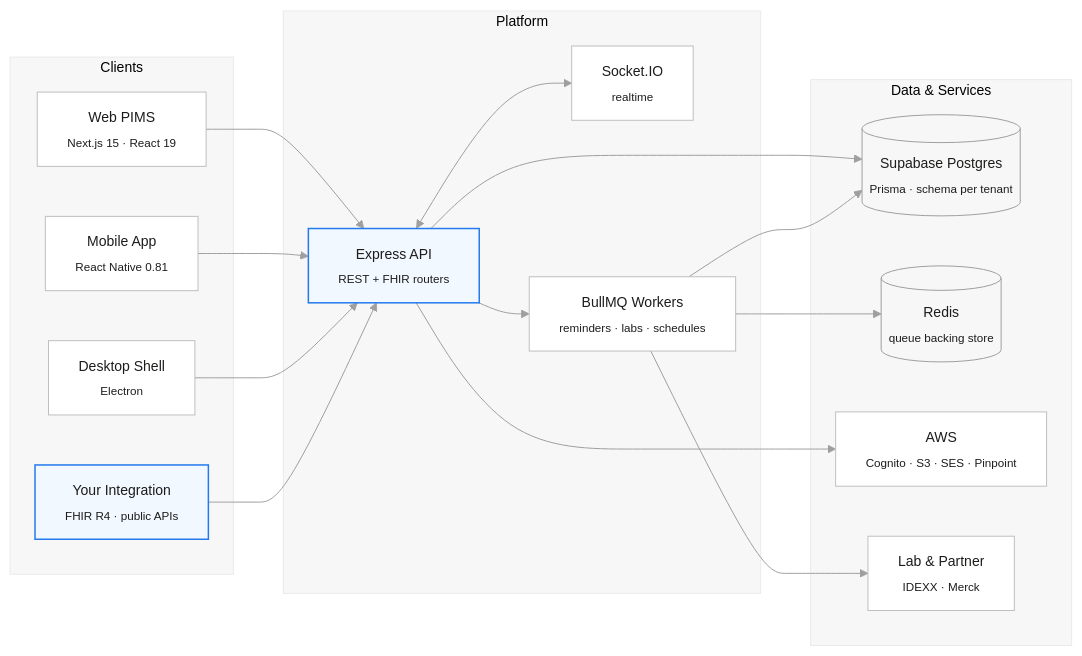
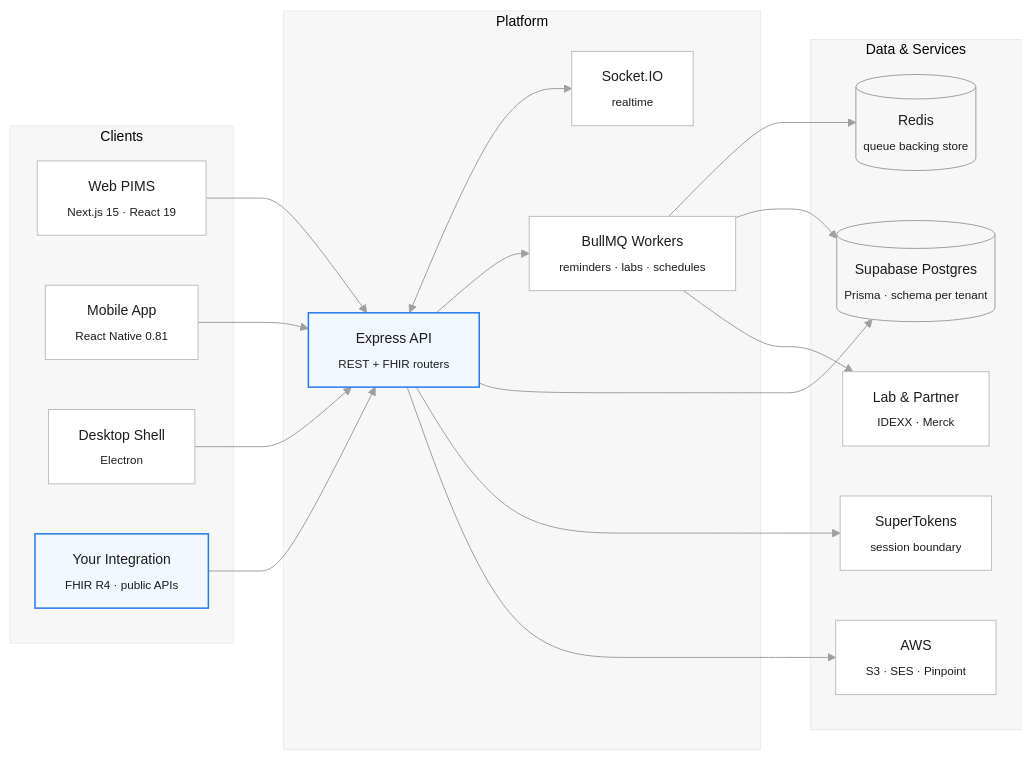
The diagram in README.md (YosemiteCrew/Yosemite-Crew), drawn with Mermaid before and after one commit.

Commit message:
docs(repo): reflect SuperTokens auth in the architecture diagram

````diff
--- a/README.md
+++ b/README.md
@@ -114,41 +114,43 @@
 ```mermaid
 %%{init: {"theme":"base","themeVariables":{"fontFamily":"ui-sans-serif, -apple-system, Segoe UI, Helvetica, Arial, sans-serif","primaryColor":"#ffffff","primaryTextColor":"#1d1c1b","primaryBorderColor":"#bfbfbe","lineColor":"#a09f9f","clusterBkg":"#f7f7f7","clusterBorder":"#eaeaea","fontSize":"14px"}}}%%
 flowchart LR
     subgraph clients ["Clients"]
         WEB["Web PIMS<br/><sub>Next.js 15 · React 19</sub>"]
         MOB["Mobile App<br/><sub>React Native 0.81</sub>"]
         DESK["Desktop Shell<br/><sub>Electron</sub>"]
         EXT["Your Integration<br/><sub>FHIR R4 · public APIs</sub>"]
     end
 
     subgraph platform ["Platform"]
         API["Express API<br/><sub>REST + FHIR routers</sub>"]
         RT["Socket.IO<br/><sub>realtime</sub>"]
         JOBS["BullMQ Workers<br/><sub>reminders · labs · schedules</sub>"]
     end
 
     subgraph data ["Data & Services"]
         PG[("Supabase Postgres<br/><sub>Prisma · schema per tenant</sub>")]
         REDIS[("Redis<br/><sub>queue backing store</sub>")]
-        AWS["AWS<br/><sub>Cognito · S3 · SES · Pinpoint</sub>"]
+        AUTH["SuperTokens<br/><sub>session boundary</sub>"]
+        AWS["AWS<br/><sub>S3 · SES · Pinpoint</sub>"]
         LABS["Lab & Partner<br/><sub>IDEXX · Merck</sub>"]
     end
 
     WEB --> API
     MOB --> API
     DESK --> API
     EXT --> API
 
     API <--> RT
     API --> JOBS
     API --> PG
+    API --> AUTH
     API --> AWS
     JOBS --> REDIS
     JOBS --> PG
     JOBS --> LABS
 
     classDef accent fill:#f2f8ff,stroke:#247aed,stroke-width:1.5px,color:#1d1c1b
     classDef store fill:#f7f7f7,stroke:#a09f9f,color:#1d1c1b
     class API,EXT accent
     class PG,REDIS store
 ```
````
